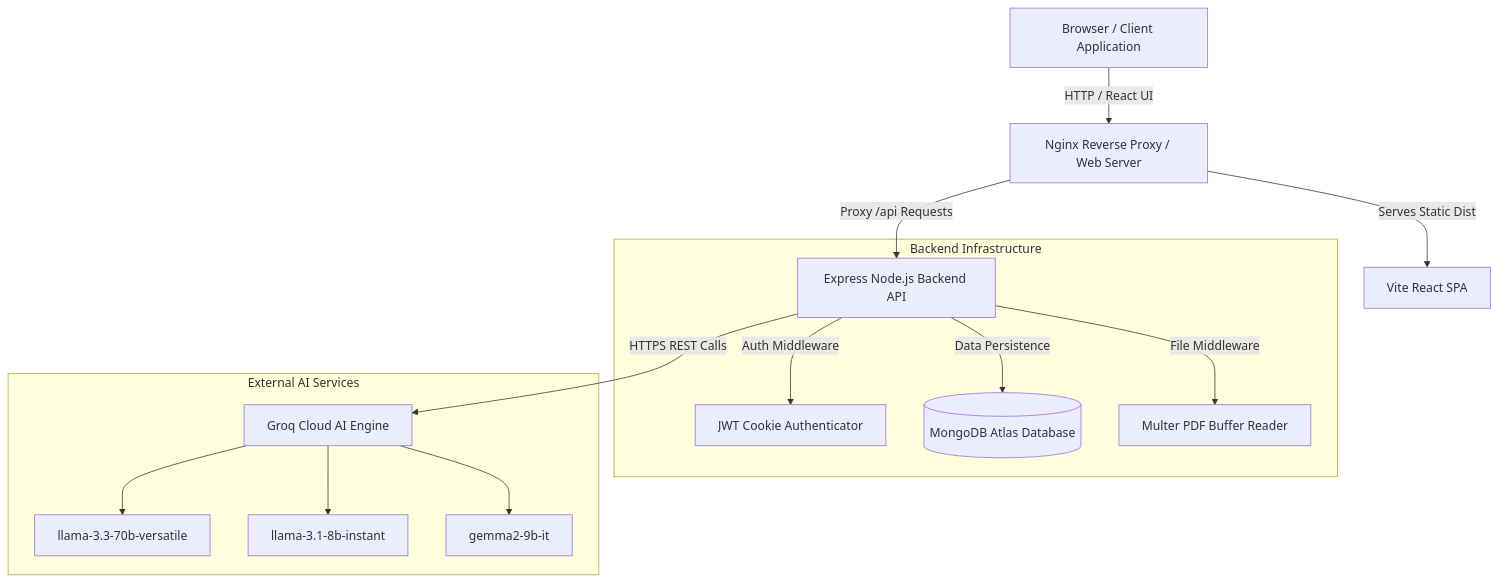
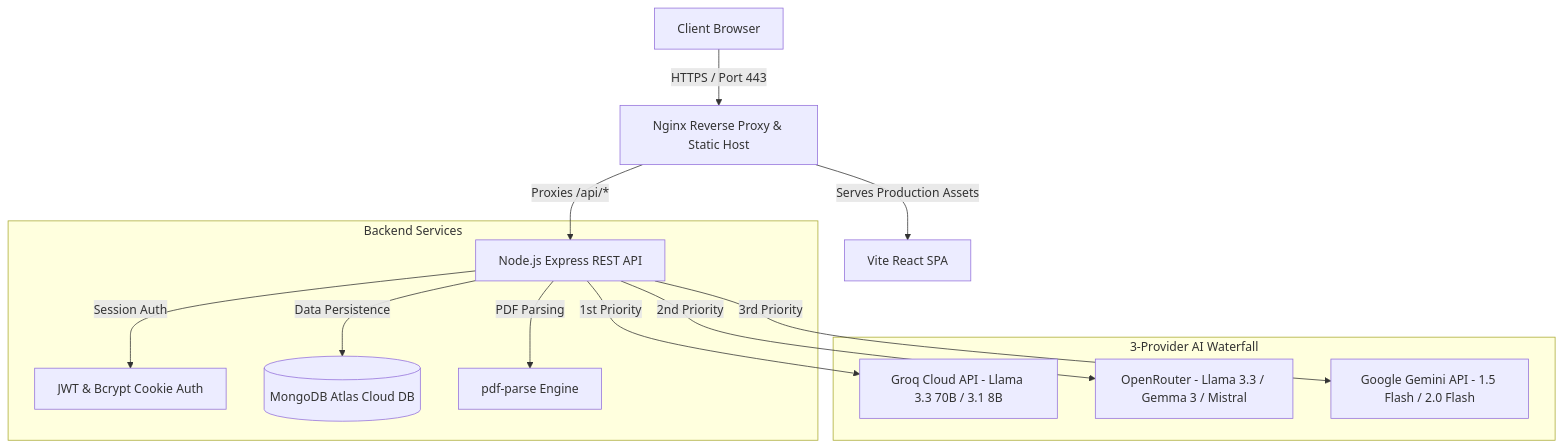
One commit to Saqibayaz4314/Arete-AI changed the first of 2 diagrams in README.MD. Above: the diagram before and after it, drawn with Mermaid. The commit also changed other lines of this file, not shown here.

Commit message:
docs: complete assignment README with prompts, architecture, and live links

````diff
--- a/README.MD
+++ b/README.MD
@@ -142,19 +173,18 @@
 ```mermaid
 graph TD
-    Client[Browser / Client Application] -->|HTTP / React UI| Nginx[Nginx Reverse Proxy / Web Server]
-    Nginx -->|Serves Static Dist| SPA[Vite React SPA]
-    Nginx -->|Proxy /api Requests| Express[Express Node.js Backend API]
-    
-    subgraph Backend Infrastructure
-        Express -->|Auth Middleware| JWT[JWT Cookie Authenticator]
-        Express -->|Data Persistence| Mongo[(MongoDB Atlas Database)]
-        Express -->|File Middleware| Multer[Multer PDF Buffer Reader]
+    User[Client Browser] -->|HTTPS / Port 443| Nginx[Nginx Reverse Proxy & Static Host]
+    Nginx -->|Serves Production Assets| React[Vite React SPA]
+    Nginx -->|Proxies /api/*| Express[Node.js Express REST API]
+
+    subgraph Backend Services
+        Express -->|Session Auth| Auth[JWT & Bcrypt Cookie Auth]
+        Express -->|Data Persistence| Mongo[(MongoDB Atlas Cloud DB)]
+        Express -->|PDF Parsing| PDF[pdf-parse Engine]
     end
 
-    subgraph External AI Services
-        Express -->|HTTPS REST Calls| Groq[Groq Cloud AI Engine]
-        Groq --> Primary[llama-3.3-70b-versatile]
-        Groq --> Fallback1[llama-3.1-8b-instant]
-        Groq --> Fallback2[gemma2-9b-it]
+    subgraph 3-Provider AI Waterfall
+        Express -->|1st Priority| Groq[Groq Cloud API - Llama 3.3 70B / 3.1 8B]
+        Express -->|2nd Priority| OpenRouter[OpenRouter - Llama 3.3 / Gemma 3 / Mistral]
+        Express -->|3rd Priority| Gemini[Google Gemini API - 1.5 Flash / 2.0 Flash]
     end
 ```
````
